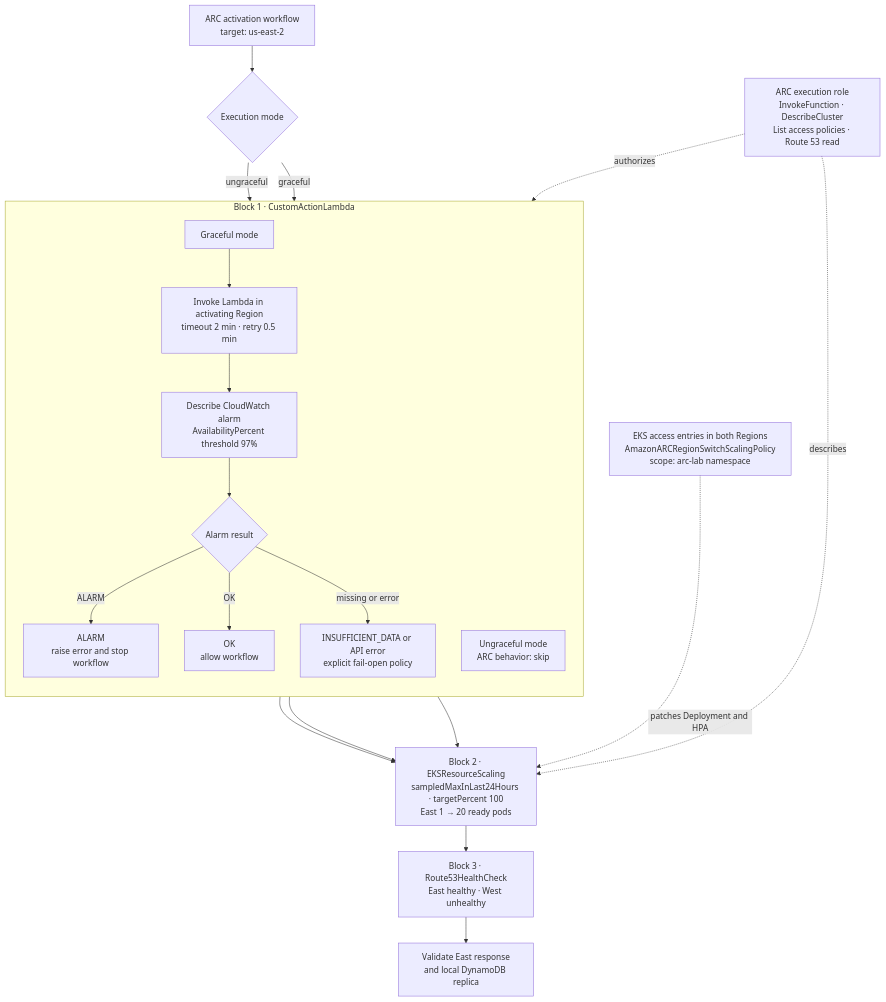
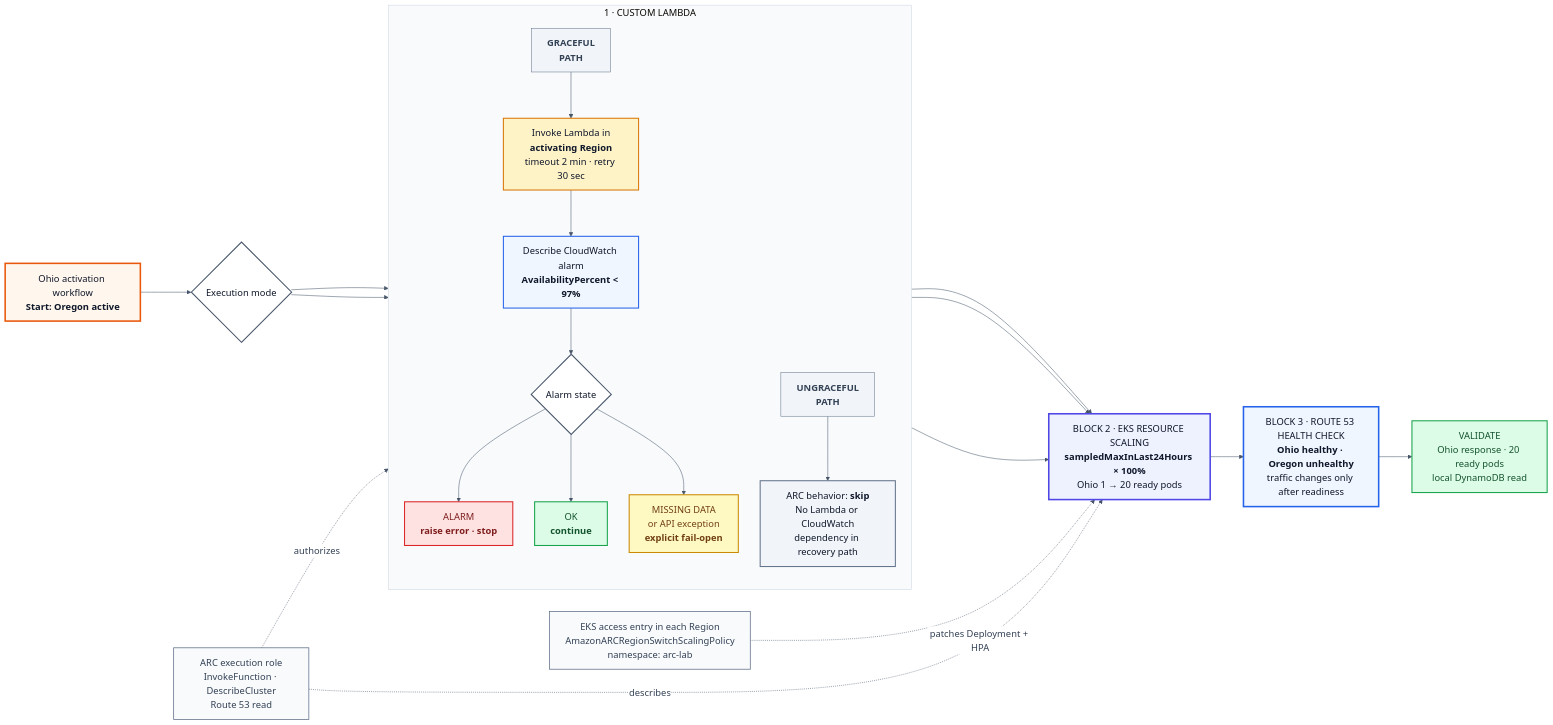
One commit to bhattchaitanya/aws-arc-eks-observed-capacity-failover changed the diagram in diagrams/custom-execution-block.mmd. Above: the diagram before and after it, drawn with Mermaid. The commit also changed 12 other files, not shown here.

Commit message:
Polish Medium article formatting and diagrams

```diff
--- a/diagrams/custom-execution-block.mmd
+++ b/diagrams/custom-execution-block.mmd
@@ -1,36 +1,55 @@
-flowchart TD
-  Plan["ARC activation workflow<br/>target: us-east-2"]
-  Mode{"Execution mode"}
+%%{init: {"theme":"base","themeVariables":{"fontFamily":"Inter, Arial, sans-serif","fontSize":"18px","primaryTextColor":"#0f172a","lineColor":"#475569","background":"#ffffff","edgeLabelBackground":"#ffffff","clusterBkg":"#f8fafc","clusterBorder":"#cbd5e1"},"flowchart":{"htmlLabels":true,"curve":"basis","nodeSpacing":42,"rankSpacing":64}}}%%
+flowchart LR
+  Plan["Ohio activation workflow<br/><b>Start: Oregon active</b>"]:::arc
+  Mode{"Execution mode"}:::decision
 
-  subgraph Custom["Block 1 · CustomActionLambda"]
+  subgraph Custom["1 · CUSTOM LAMBDA"]
     direction TB
-    Graceful["Graceful mode"]
-    Invoke["Invoke Lambda in activating Region<br/>timeout 2 min · retry 0.5 min"]
-    Alarm["Describe CloudWatch alarm<br/>AvailabilityPercent threshold 97%"]
-    AlarmState{"Alarm result"}
-    Stop["ALARM<br/>raise error and stop workflow"]
-    Continue["OK<br/>allow workflow"]
-    FailOpen["INSUFFICIENT_DATA or API error<br/>explicit fail-open policy"]
-    Ungraceful["Ungraceful mode<br/>ARC behavior: skip"]
+    Graceful["<b>GRACEFUL<br/>PATH</b>"]:::label
+    Invoke["Invoke Lambda in<br/><b>activating Region</b><br/>timeout 2 min · retry 30 sec"]:::lambda
+    Read["Describe CloudWatch alarm<br/><b>AvailabilityPercent &lt; 97%</b>"]:::telemetry
+    State{"Alarm state"}:::decision
+    Alarm["ALARM<br/><b>raise error · stop</b>"]:::stop
+    OK["OK<br/><b>continue</b>"]:::go
+    Missing["MISSING DATA<br/>or API exception<br/><b>explicit fail-open</b>"]:::warn
+
+    Ungraceful["<b>UNGRACEFUL<br/>PATH</b>"]:::label
+    Skip["ARC behavior: <b>skip</b><br/>No Lambda or CloudWatch<br/>dependency in recovery path"]:::skip
+
+    Graceful --> Invoke --> Read --> State
+    State --> Alarm
+    State --> OK
+    State --> Missing
+    Ungraceful --> Skip
   end
 
-  Scale["Block 2 · EKSResourceScaling<br/>sampledMaxInLast24Hours · targetPercent 100<br/>East 1 → 20 ready pods"]
-  Route["Block 3 · Route53HealthCheck<br/>East healthy · West unhealthy"]
-  Validate["Validate East response<br/>and local DynamoDB replica"]
-
-  Role["ARC execution role<br/>InvokeFunction · DescribeCluster<br/>List access policies · Route 53 read"]
-  Access["EKS access entries in both Regions<br/>AmazonARCRegionSwitchScalingPolicy<br/>scope: arc-lab namespace"]
+  Scale["BLOCK 2 · EKS RESOURCE SCALING<br/><b>sampledMaxInLast24Hours × 100%</b><br/>Ohio 1 → 20 ready pods"]:::eks
+  Route["BLOCK 3 · ROUTE 53 HEALTH CHECK<br/><b>Ohio healthy · Oregon unhealthy</b><br/>traffic changes only after readiness"]:::route
+  Validate["VALIDATE<br/>Ohio response · 20 ready pods<br/>local DynamoDB read"]:::go
 
   Plan --> Mode
-  Mode -- graceful --> Graceful --> Invoke --> Alarm --> AlarmState
-  AlarmState -- ALARM --> Stop
-  AlarmState -- OK --> Continue
-  AlarmState -- missing or error --> FailOpen
-  Mode -- ungraceful --> Ungraceful
-  Continue --> Scale
-  FailOpen --> Scale
-  Ungraceful --> Scale
+  Mode --> Graceful
+  Mode --> Ungraceful
+  OK --> Scale
+  Missing --> Scale
+  Skip --> Scale
   Scale --> Route --> Validate
+
+  Role["ARC execution role<br/>InvokeFunction · DescribeCluster<br/>Route 53 read"]:::iam
+  Access["EKS access entry in each Region<br/>AmazonARCRegionSwitchScalingPolicy<br/>namespace: arc-lab"]:::iam
   Role -. authorizes .-> Invoke
   Role -. describes .-> Scale
-  Access -. patches Deployment and HPA .-> Scale
+  Access -. patches Deployment + HPA .-> Scale
+
+  classDef arc fill:#fff7ed,stroke:#ea580c,stroke-width:3px,color:#0f172a;
+  classDef decision fill:#ffffff,stroke:#475569,stroke-width:2px,color:#0f172a;
+  classDef label fill:#f1f5f9,stroke:#64748b,stroke-width:1px,color:#334155;
+  classDef lambda fill:#fef3c7,stroke:#d97706,stroke-width:2px,color:#0f172a;
+  classDef telemetry fill:#eff6ff,stroke:#2563eb,stroke-width:2px,color:#0f172a;
+  classDef stop fill:#fee2e2,stroke:#dc2626,stroke-width:2px,color:#7f1d1d;
+  classDef go fill:#dcfce7,stroke:#16a34a,stroke-width:2px,color:#14532d;
+  classDef warn fill:#fef9c3,stroke:#ca8a04,stroke-width:2px,color:#713f12;
+  classDef skip fill:#f1f5f9,stroke:#64748b,stroke-width:2px,color:#0f172a;
+  classDef eks fill:#eef2ff,stroke:#4f46e5,stroke-width:3px,color:#0f172a;
+  classDef route fill:#eff6ff,stroke:#2563eb,stroke-width:3px,color:#0f172a;
+  classDef iam fill:#f8fafc,stroke:#64748b,stroke-width:1.5px,color:#334155;
```
